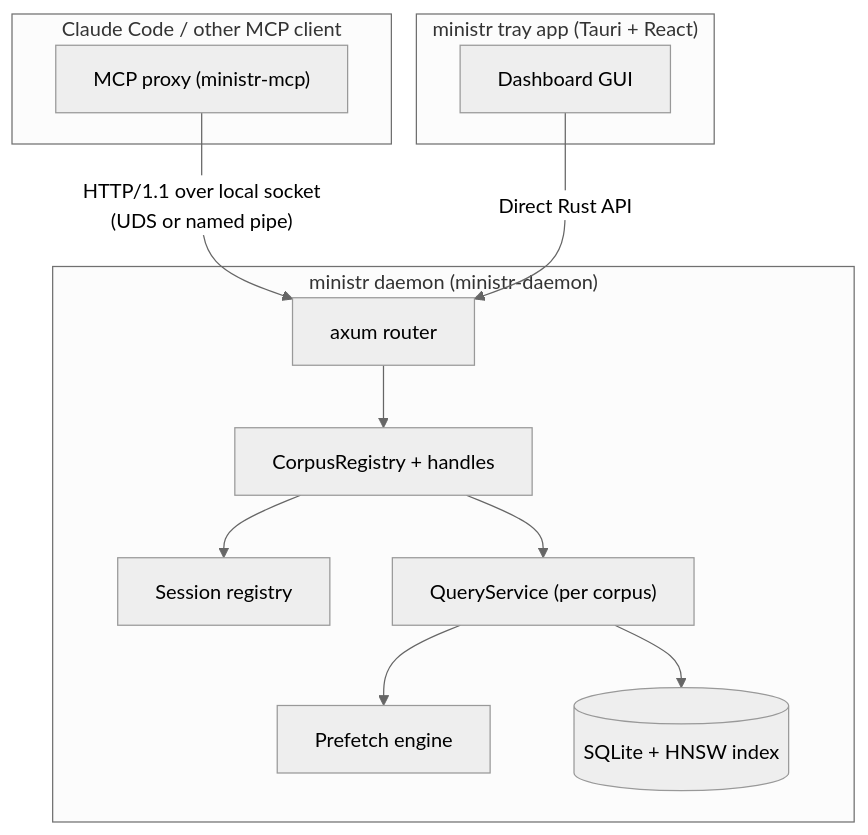
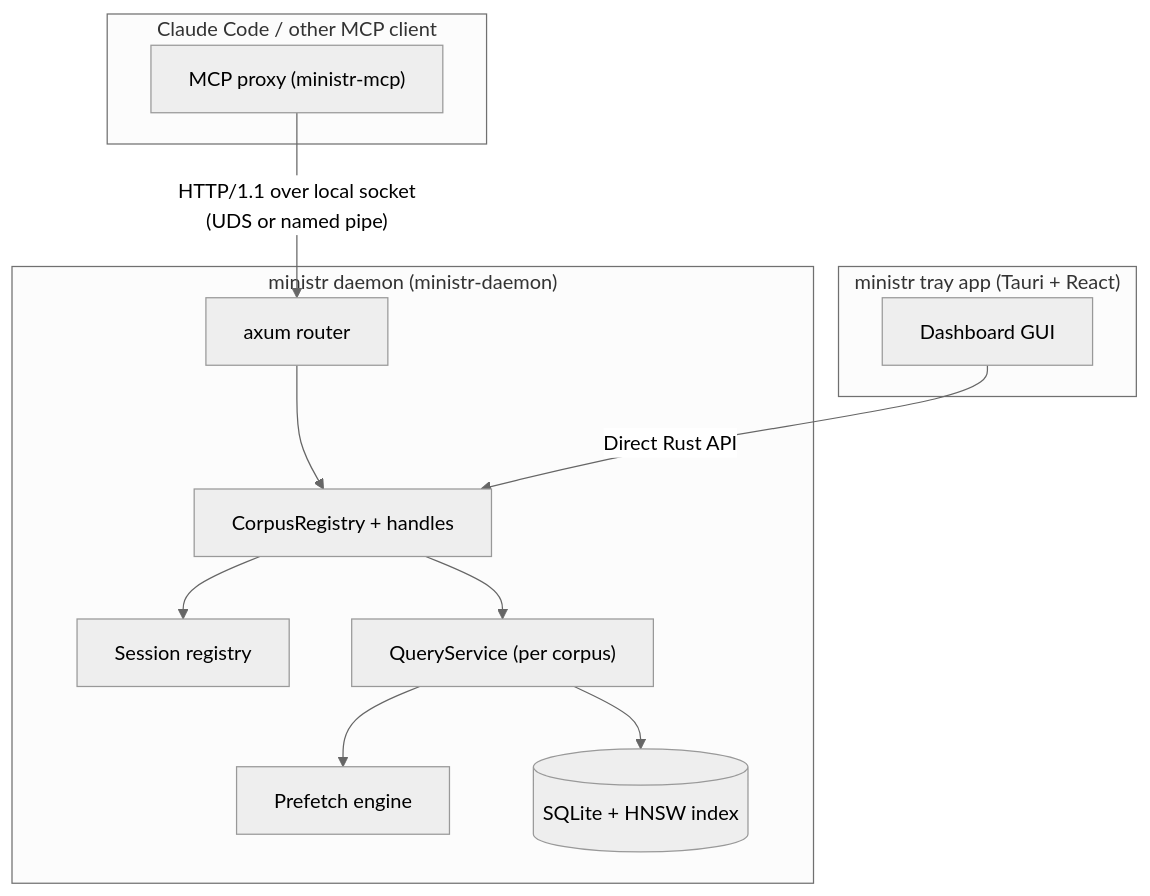
One commit to OlsonSoftware/ministr changed the diagram in docs-next/content/docs/architecture-daemon.mdx. Above: the diagram before and after it, drawn with Mermaid (neutral theme). The commit also changed other lines of this file and 2 other files, not shown here.

First paragraph of the commit message:
fix(docs): sharper prefetch tile + embedding backend framing
Round-9 audit spot-checked landing copy and architecture pages.

````diff
--- a/docs-next/content/docs/architecture-daemon.mdx
+++ b/docs-next/content/docs/architecture-daemon.mdx
@@ -8,28 +8,28 @@
 ```mermaid
 flowchart TB
   subgraph client["Claude Code / other MCP client"]
     proxy["MCP proxy (ministr-mcp)"]
   end
 
   subgraph tray["ministr tray app (Tauri + React)"]
     dashboard["Dashboard GUI"]
   end
 
   subgraph daemon["ministr daemon (ministr-daemon)"]
     router["axum router"]
     registry["CorpusRegistry + handles"]
     sessions["Session registry"]
     query["QueryService (per corpus)"]
     prefetch["Prefetch engine"]
     storage[("SQLite + HNSW index")]
 
     router --> registry
     registry --> query
     registry --> sessions
     query --> storage
     query --> prefetch
   end
 
   proxy -->|"HTTP/1.1 over local socket<br/>(UDS or named pipe)"| router
-  dashboard -->|"Direct Rust API"| router
+  dashboard -->|"Direct Rust API"| registry
 ```
````
